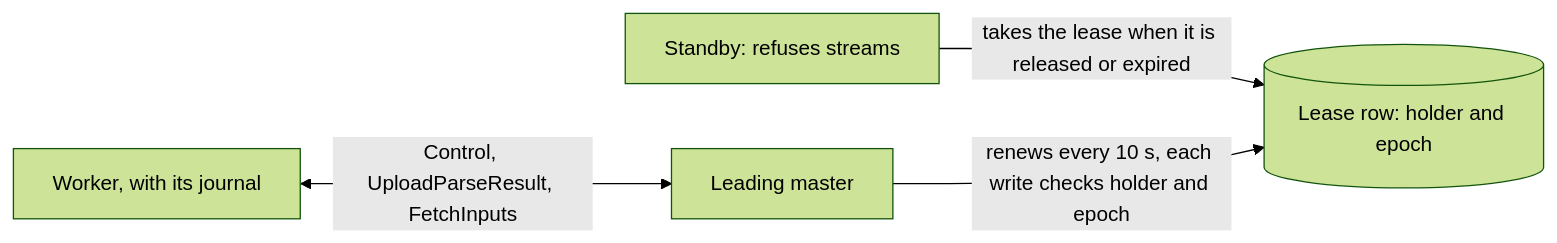
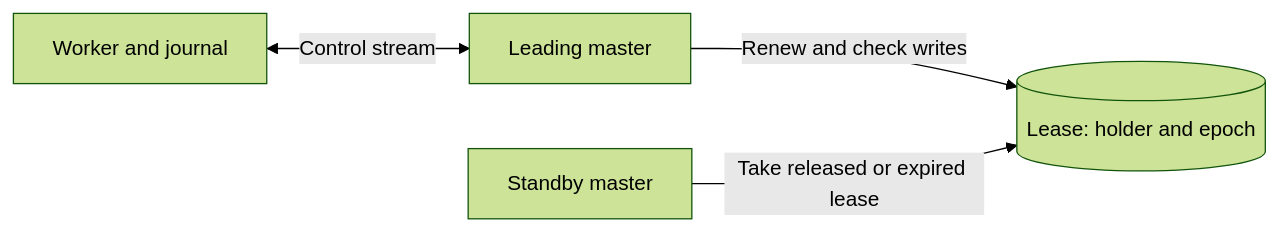
The diagram in docs/03-guide/18-guarantees.md (ptutak/schedr), drawn with Mermaid (forest theme) before and after one commit. The commit also changed other lines of this file and 8 other files, not shown here.

````diff
--- a/docs/03-guide/18-guarantees.md
+++ b/docs/03-guide/18-guarantees.md
@@ -17,6 +17,6 @@
-```{mermaid}
+```mermaid
 flowchart LR
-    standby["Standby: refuses streams"] -->|"takes the lease when it is released or expired"| db[("Lease row: holder and epoch")]
-    leader["Leading master"] -->|"renews every 10 s, each write checks holder and epoch"| db
-    worker["Worker, with its journal"] <-->|"Control, UploadParseResult, FetchInputs"| leader
+    Worker[Worker and journal] <-->|Control stream| Leader[Leading master]
+    Leader -->|Renew and check writes| DB[(Lease: holder and epoch)]
+    Standby[Standby master] -->|Take released or expired lease| DB
 ```
````
